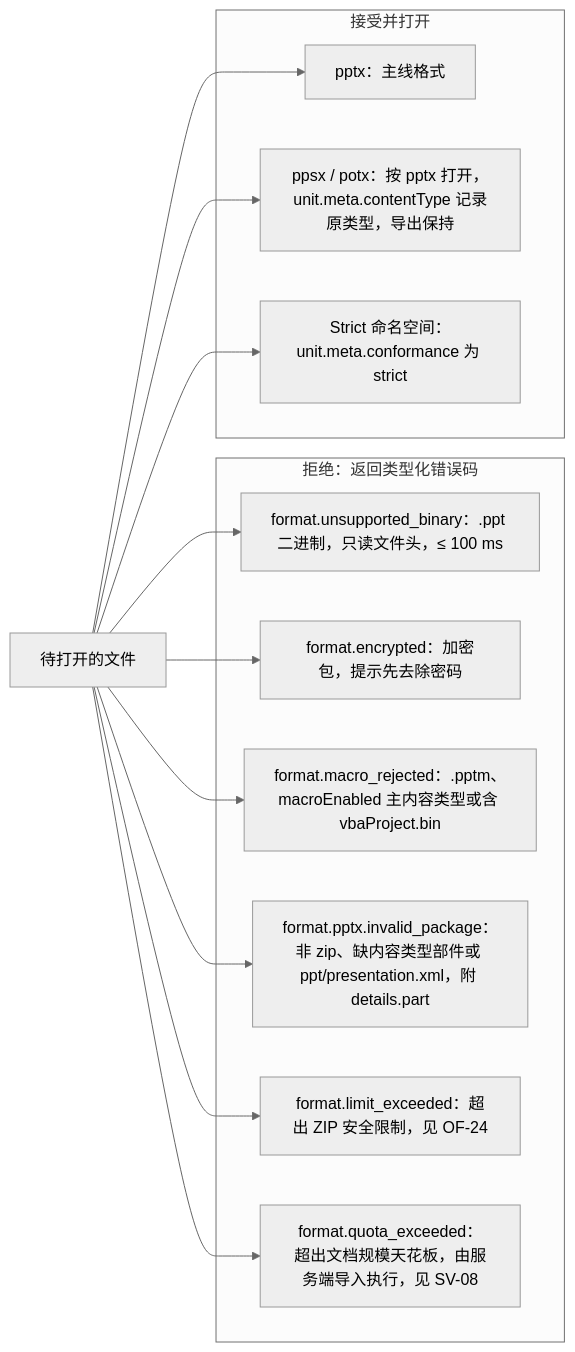
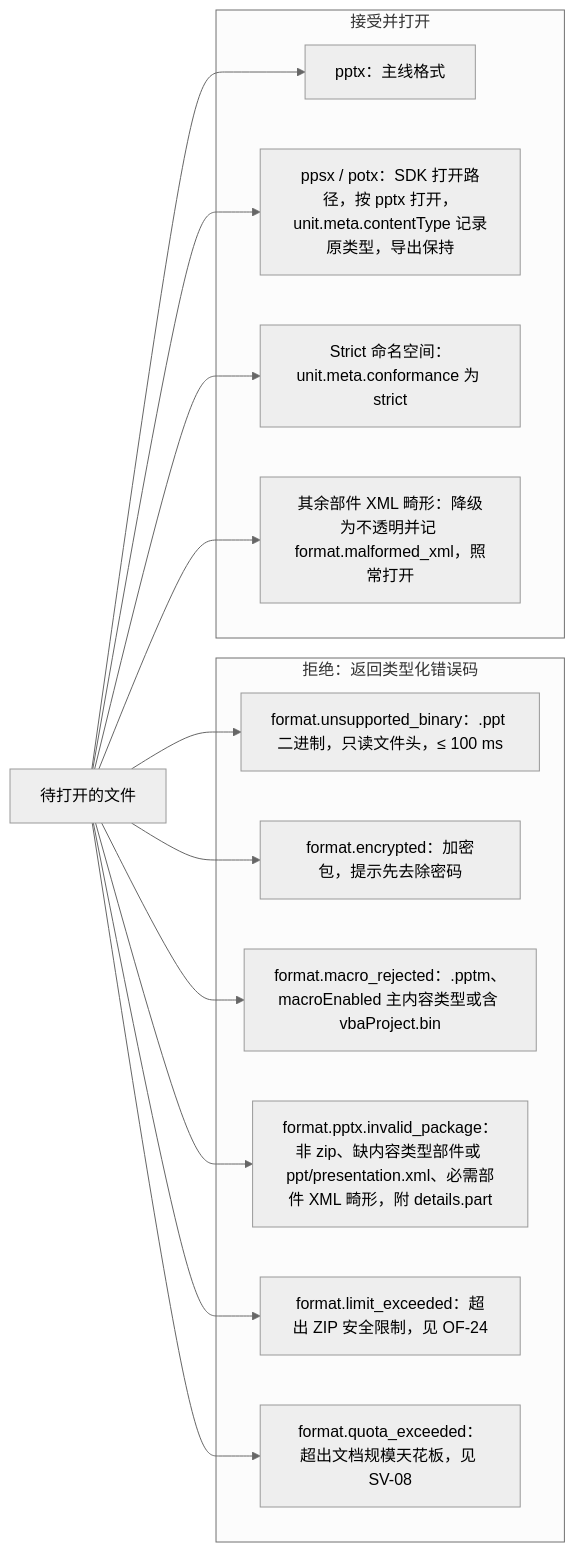
Before and after one commit to Xeonice/cordis-ppt-editor: the third of 11 diagrams in docs/10-prd/03-features/01-open-and-fidelity.md, drawn with Mermaid (neutral theme). The commit also changed other lines of this file and 19 other files, not shown here.

````diff
--- a/docs/10-prd/03-features/01-open-and-fidelity.md
+++ b/docs/10-prd/03-features/01-open-and-fidelity.md
@@ -265,26 +268,28 @@
 ```mermaid
 flowchart LR
   input["待打开的文件"]
   subgraph reject["拒绝：返回类型化错误码"]
     ppt["format.unsupported_binary：.ppt 二进制，只读文件头，≤ 100 ms"]
     enc["format.encrypted：加密包，提示先去除密码"]
     macro["format.macro_rejected：.pptm、macroEnabled 主内容类型或含 vbaProject.bin"]
-    bad["format.pptx.invalid_package：非 zip、缺内容类型部件或 ppt/presentation.xml，附 details.part"]
+    bad["format.pptx.invalid_package：非 zip、缺内容类型部件或 ppt/presentation.xml、必需部件 XML 畸形，附 details.part"]
     limit["format.limit_exceeded：超出 ZIP 安全限制，见 OF-24"]
-    quota["format.quota_exceeded：超出文档规模天花板，由服务端导入执行，见 SV-08"]
+    quota["format.quota_exceeded：超出文档规模天花板，见 SV-08"]
   end
   subgraph accept["接受并打开"]
     pptx["pptx：主线格式"]
-    variant["ppsx / potx：按 pptx 打开，unit.meta.contentType 记录原类型，导出保持"]
+    variant["ppsx / potx：SDK 打开路径，按 pptx 打开，unit.meta.contentType 记录原类型，导出保持"]
     strict["Strict 命名空间：unit.meta.conformance 为 strict"]
+    degraded["其余部件 XML 畸形：降级为不透明并记 format.malformed_xml，照常打开"]
   end
   input --> ppt
   input --> enc
   input --> macro
   input --> bad
   input --> limit
   input --> quota
   input --> pptx
   input --> variant
   input --> strict
+  input --> degraded
 ```
````
